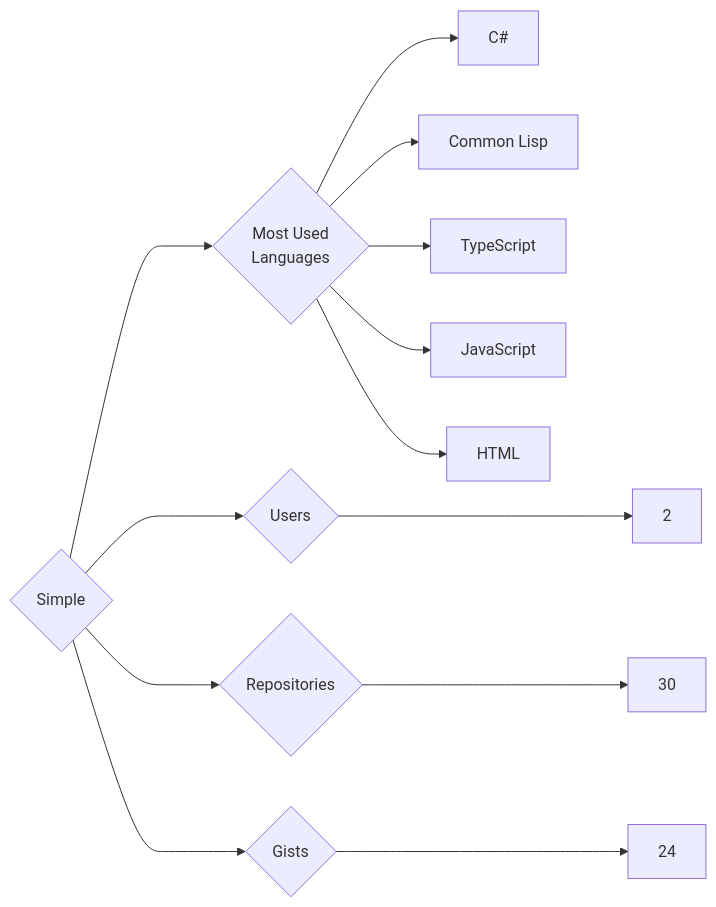
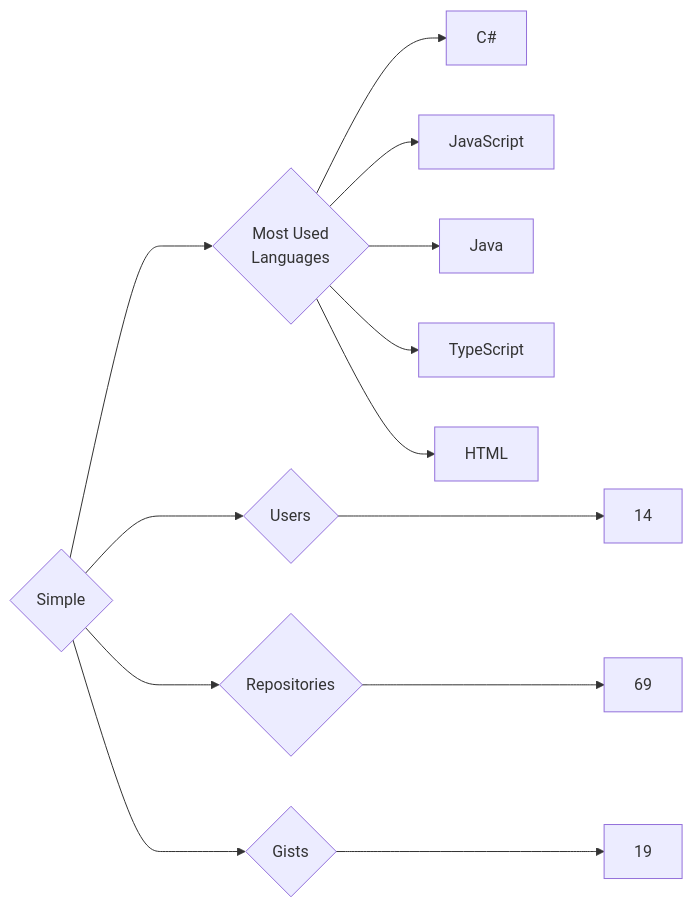
Before and after one commit to trickest/insiders: the diagram in targets/Simple/README.md, drawn with Mermaid. The commit also changed 964 other files, not shown here.

````diff
--- a/targets/Simple/README.md
+++ b/targets/Simple/README.md
@@ -3,13 +3,13 @@
 ```mermaid
 graph LR
 COMPANY_NAME{Simple}
-COMPANY_NAME ---> U{Users} ---> UN[2]
-COMPANY_NAME ---> R{Repositories} ---> RN[30]
-COMPANY_NAME ---> G{Gists} ---> GN[24]
+COMPANY_NAME ---> U{Users} ---> UN[14]
+COMPANY_NAME ---> R{Repositories} ---> RN[69]
+COMPANY_NAME ---> G{Gists} ---> GN[19]
 COMPANY_NAME ---> ML{Most Used<br>Languages}
 ML --> C#[C#]
-ML --> Common_Lisp[Common Lisp]
+ML --> JavaScript[JavaScript]
+ML --> Java[Java]
 ML --> TypeScript[TypeScript]
-ML --> JavaScript[JavaScript]
 ML --> HTML[HTML]
 ```
````
